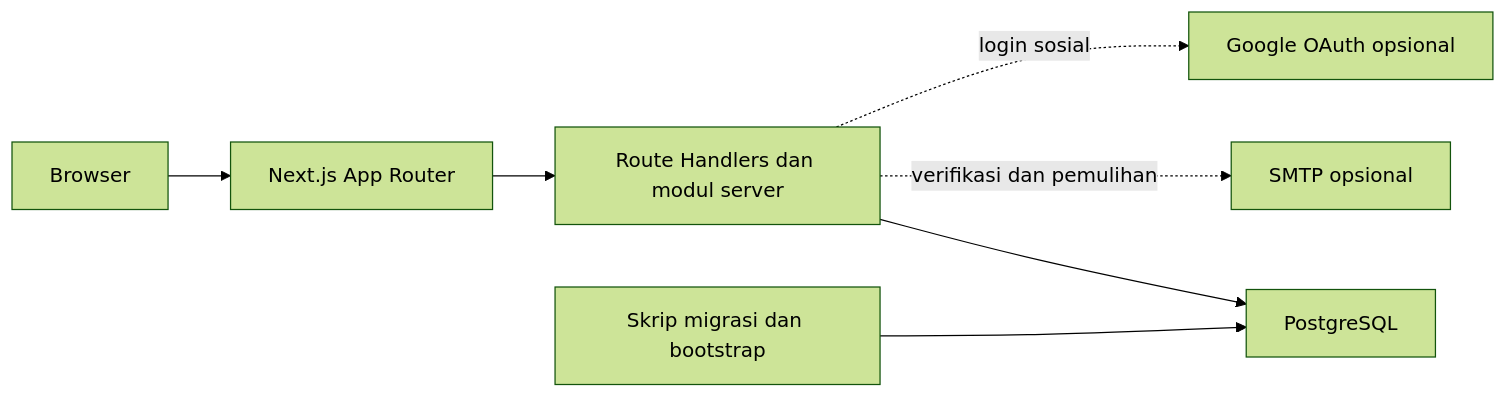
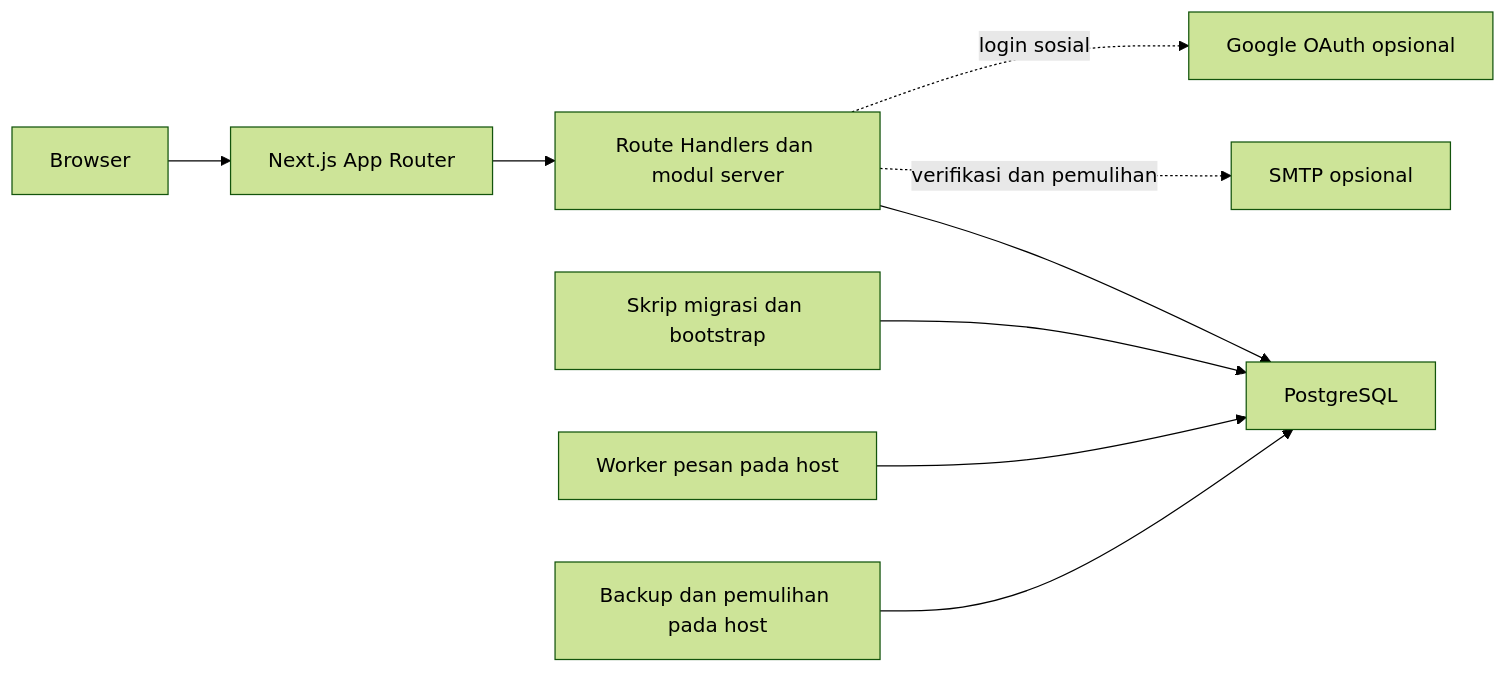
Before and after one commit to Madevi810/Madevi-Site: the diagram in docs/fundamental.md, drawn with Mermaid (forest theme). The commit also changed other lines of this file and 85 other files, not shown here.

````diff
--- a/docs/fundamental.md
+++ b/docs/fundamental.md
@@ -37,9 +37,11 @@
 ```mermaid
 flowchart LR
     Browser["Browser"] --> Next["Next.js App Router"]
     Next --> Server["Route Handlers dan modul server"]
     Server --> DB["PostgreSQL"]
     Server -. "verifikasi dan pemulihan" .-> SMTP["SMTP opsional"]
     Server -. "login sosial" .-> Google["Google OAuth opsional"]
     Migrasi["Skrip migrasi dan bootstrap"] --> DB
+    Worker["Worker pesan pada host"] --> DB
+    Backup["Backup dan pemulihan pada host"] --> DB
 ```
````
